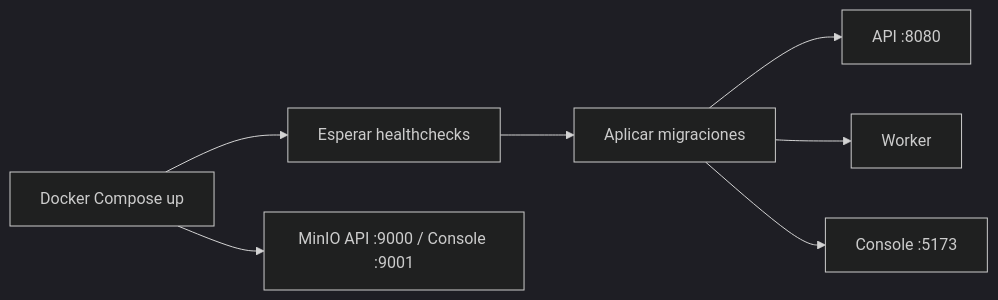
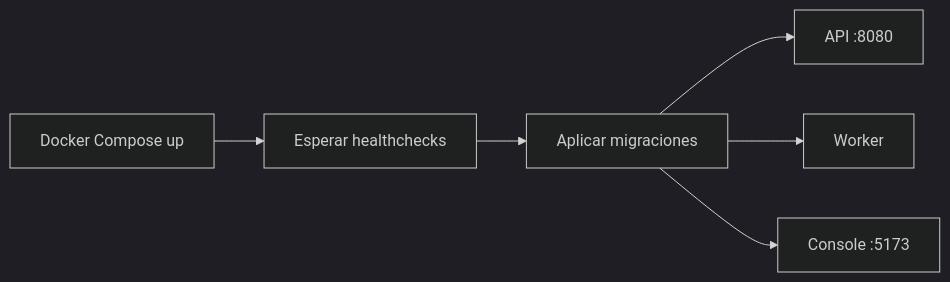
One commit to NickDavid1811/imageflow changed the diagram in docs/development.md. Above: the diagram before and after it, drawn with Mermaid (dark theme). The commit also changed other lines of this file and 2 other files, not shown here.

Commit message:
refactor: change default storage driver to local and remove MinIO from docker compose

````diff
--- a/docs/development.md
+++ b/docs/development.md
@@ -25,9 +25,8 @@
 ```mermaid
 flowchart LR
     A[Docker Compose up] --> B[Esperar healthchecks]
     B --> C[Aplicar migraciones]
     C --> D[API :8080]
     C --> E[Worker]
     C --> F[Console :5173]
-    A --> G[MinIO API :9000 / Console :9001]
 ```
````
